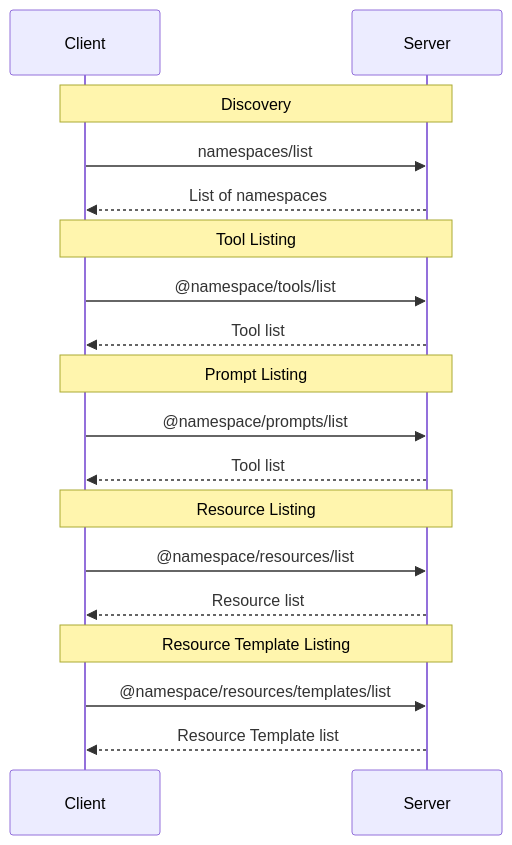
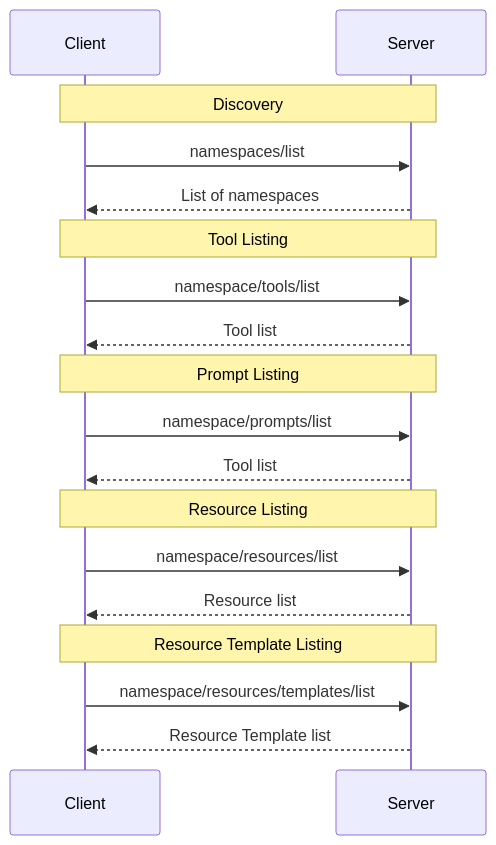
Before and after one commit to modelcontextprotocol/specification: the diagram in docs/specification/draft/basic/namespaces.mdx, drawn with Mermaid. The commit also changed other lines of this file and 1 other file, not shown here.

````diff
--- a/docs/specification/draft/basic/namespaces.mdx
+++ b/docs/specification/draft/basic/namespaces.mdx
@@ -88,25 +88,25 @@
 ```mermaid
 sequenceDiagram
     participant Client
     participant Server
 
     Note over Client,Server: Discovery
     Client->>Server: namespaces/list
     Server-->>Client: List of namespaces
 
     Note over Client,Server: Tool Listing
-    Client->>Server: @namespace/tools/list
+    Client->>Server: namespace/tools/list
     Server-->>Client: Tool list
 
     Note over Client,Server: Prompt Listing
-    Client->>Server: @namespace/prompts/list
+    Client->>Server: namespace/prompts/list
     Server-->>Client: Tool list
 
     Note over Client,Server: Resource Listing
-    Client->>Server: @namespace/resources/list
+    Client->>Server: namespace/resources/list
     Server-->>Client: Resource list
 
     Note over Client,Server: Resource Template Listing
-    Client->>Server: @namespace/resources/templates/list
+    Client->>Server: namespace/resources/templates/list
     Server-->>Client: Resource Template list
 ```
````
